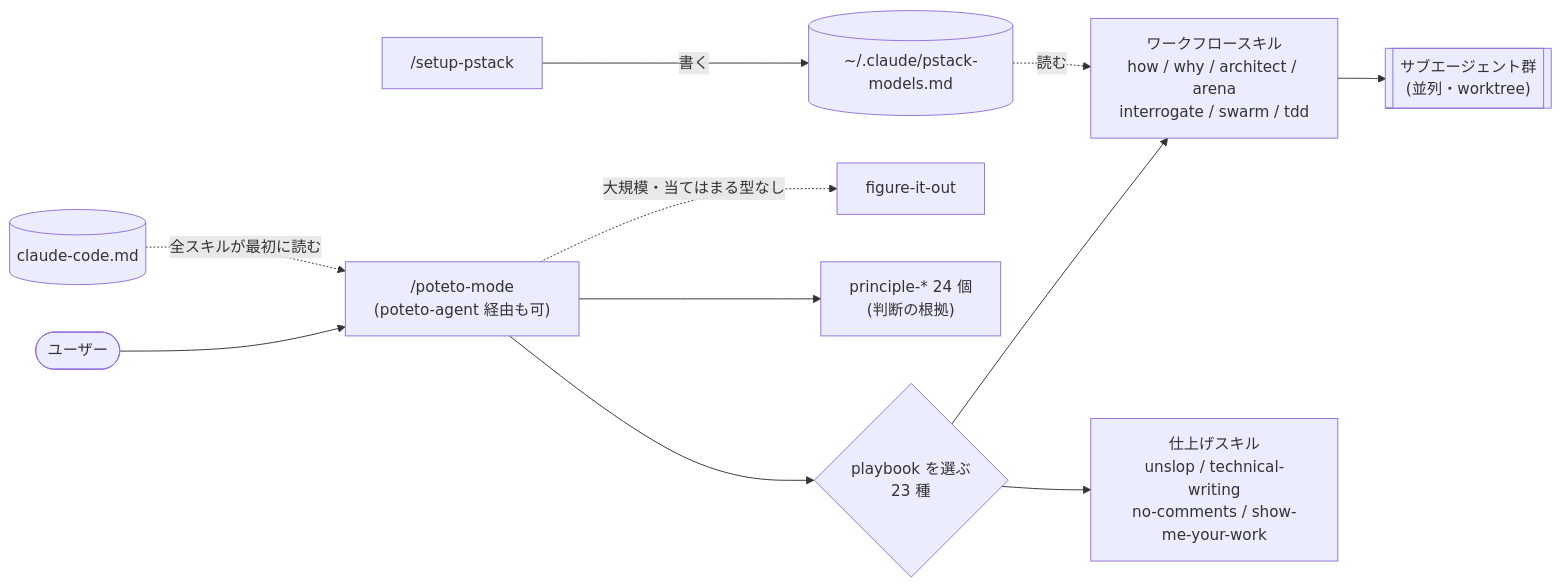
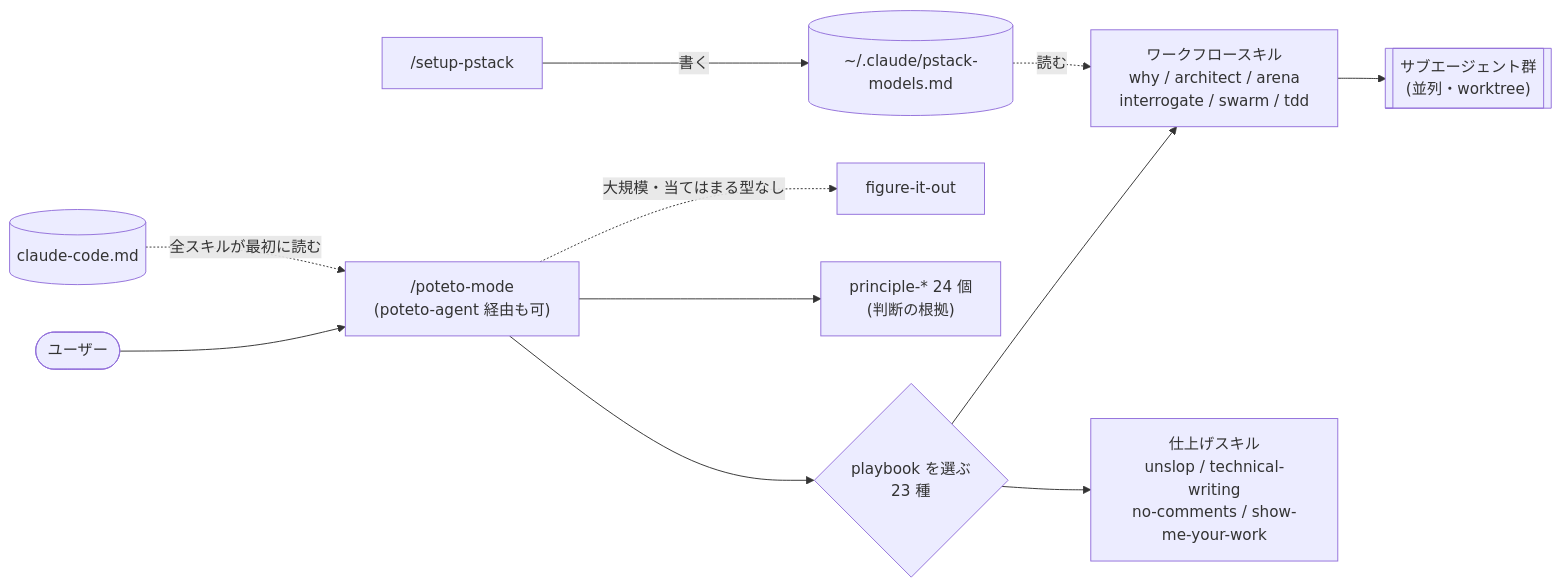
One commit to souljazzfunk/lab changed the first of 12 diagrams in pstack-cc/docs/skill-map.ja.md. Above: the diagram before and after it, drawn with Mermaid. The commit also changed other lines of this file and 116 other files, not shown here.

First line of the commit message:
pstack: 上流 bf0c7cd に追従し、新しい既定モデルと how/why の簡素化に合わせる (#83)

````diff
--- a/pstack-cc/docs/skill-map.ja.md
+++ b/pstack-cc/docs/skill-map.ja.md
@@ -11,13 +11,13 @@
 ```mermaid
 flowchart LR
   U([ユーザー]) --> PM["/poteto-mode<br/>(poteto-agent 経由も可)"]
   PM --> PB{"playbook を選ぶ<br/>23 種"}
   PM -. 大規模・当てはまる型なし .-> FIO["figure-it-out"]
-  PB --> WF["ワークフロースキル<br/>how / why / architect / arena<br/>interrogate / swarm / tdd"]
+  PB --> WF["ワークフロースキル<br/>why / architect / arena<br/>interrogate / swarm / tdd"]
   PB --> Q["仕上げスキル<br/>unslop / technical-writing<br/>no-comments / show-me-your-work"]
   PM --> PR["principle-* 24 個<br/>(判断の根拠)"]
   WF --> SA[["サブエージェント群<br/>(並列・worktree)"]]
   SP["/setup-pstack"] -->|書く| CFG[("~/.claude/pstack-models.md")]
   CFG -.読む.-> WF
   CC[("claude-code.md")] -.全スキルが最初に読む.-> PM
 ```
````
